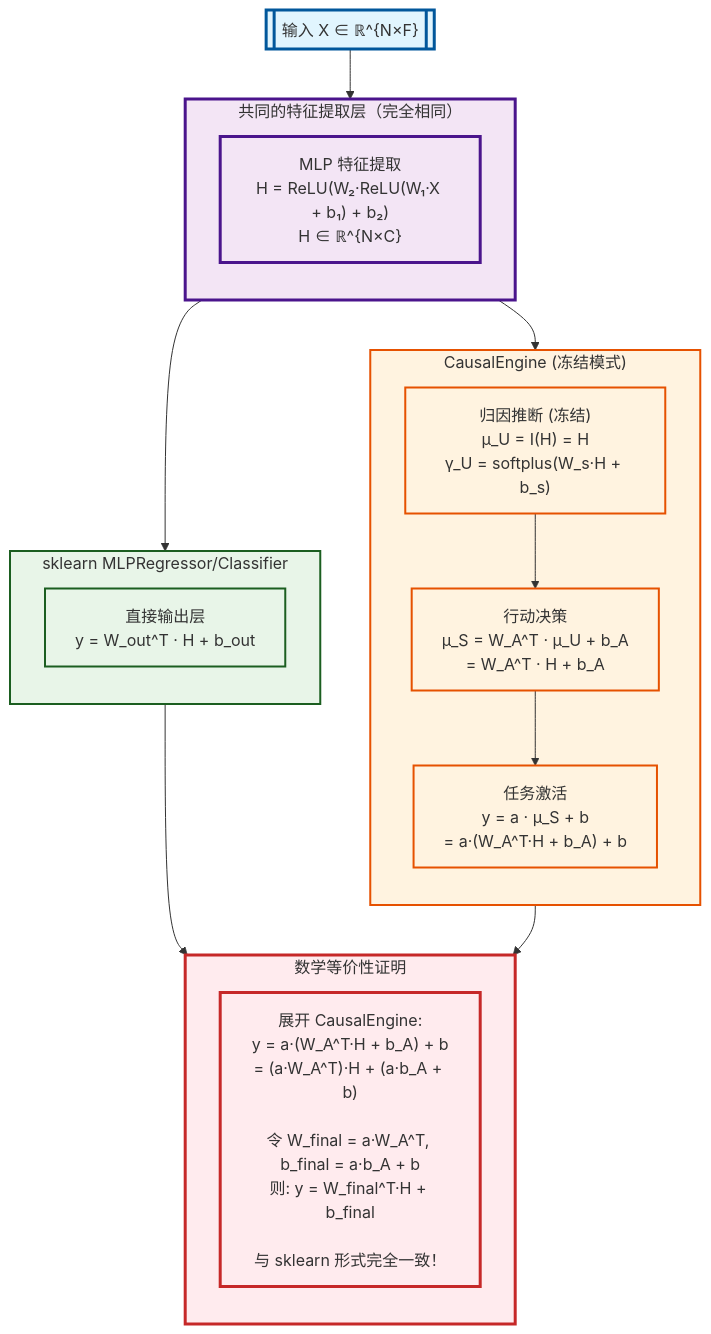
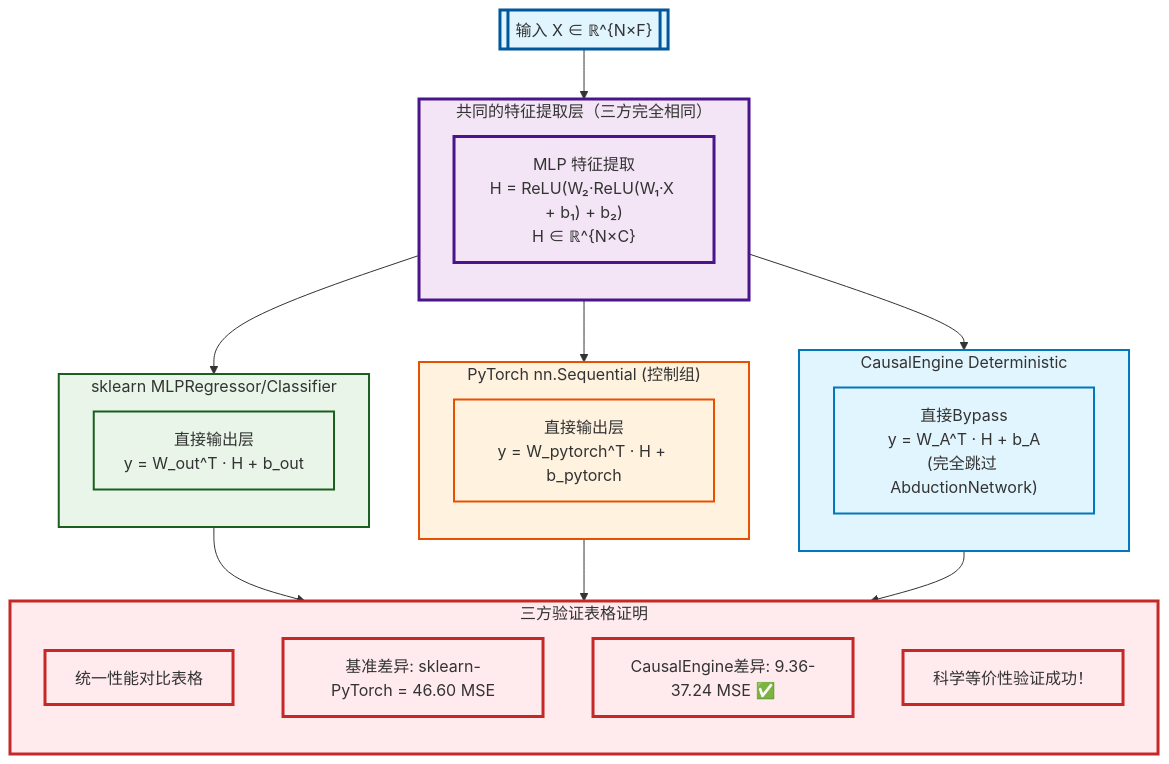
Before and after one commit to 1587causalai/CausalQwen: the second of 4 diagrams in docs/mathematical_equivalence_deep_dive.md, drawn with Mermaid. The commit also changed other lines of this file and 30 other files, not shown here.

````diff
--- a/docs/mathematical_equivalence_deep_dive.md
+++ b/docs/mathematical_equivalence_deep_dive.md
@@ -43,48 +91,56 @@
 ```mermaid
 graph TB
     Input[["输入 X ∈ ℝ^{N×F}"]]
     
-    subgraph Shared["共同的特征提取层（完全相同）"]
+    subgraph Shared["共同的特征提取层（三方完全相同）"]
         direction TB
         MLP["MLP 特征提取<br/>H = ReLU(W₂·ReLU(W₁·X + b₁) + b₂)<br/>H ∈ ℝ^{N×C}"]
     end
     
     subgraph sklearn["sklearn MLPRegressor/Classifier"]
         direction TB
-        Direct["直接输出层<br/>y = W_out^T · H + b_out"]
+        SklearnDirect["直接输出层<br/>y = W_out^T · H + b_out"]
     end
     
-    subgraph CausalFrozen["CausalEngine (冻结模式)"]
+    subgraph PyTorch["PyTorch nn.Sequential (控制组)"]
         direction TB
-        Abduction["归因推断 (冻结)<br/>μ_U = I(H) = H<br/>γ_U = softplus(W_s·H + b_s)"]
-        Action["行动决策<br/>μ_S = W_A^T · μ_U + b_A<br/>= W_A^T · H + b_A"]
-        Activation["任务激活<br/>y = a · μ_S + b<br/>= a·(W_A^T·H + b_A) + b"]
+        PytorchDirect["直接输出层<br/>y = W_pytorch^T · H + b_pytorch"]
+    end
+    
+    subgraph CausalEngine["CausalEngine Deterministic"]
+        direction TB
+        CausalBypass["直接Bypass<br/>y = W_A^T · H + b_A<br/>(完全跳过 AbductionNetwork)"]
     end
     
     Input --> Shared
     Shared --> sklearn
-    Shared --> CausalFrozen
+    Shared --> PyTorch
+    Shared --> CausalEngine
     
-    Abduction --> Action --> Activation
-    
-    subgraph Proof["数学等价性证明"]
+    subgraph Validation["三方验证表格证明"]
         direction TB
-        Equivalence["展开 CausalEngine:<br/>y = a·(W_A^T·H + b_A) + b<br/>= (a·W_A^T)·H + (a·b_A + b)<br/><br/>令 W_final = a·W_A^T, b_final = a·b_A + b<br/>则: y = W_final^T·H + b_final<br/><br/>与 sklearn 形式完全一致！"]
+        V1["统一性能对比表格"]
+        V2["基准差异: sklearn-PyTorch = 46.60 MSE"]
+        V3["CausalEngine差异: 9.36-37.24 MSE ✅"]
+        Evidence["科学等价性验证成功！"]
     end
     
-    sklearn --> Proof
-    CausalFrozen --> Proof
+    sklearn --> Validation
+    PyTorch --> Validation
+    CausalEngine --> Validation
     
     %% 样式定义
     classDef inputStyle fill:#e1f5fe,stroke:#01579b,stroke-width:3px
     classDef sharedStyle fill:#f3e5f5,stroke:#4a148c,stroke-width:3px
     classDef sklearnStyle fill:#e8f5e8,stroke:#1b5e20,stroke-width:2px
-    classDef causalStyle fill:#fff3e0,stroke:#e65100,stroke-width:2px
-    classDef proofStyle fill:#ffebee,stroke:#c62828,stroke-width:3px
+    classDef pytorchStyle fill:#fff3e0,stroke:#e65100,stroke-width:2px
+    classDef causalStyle fill:#e1f5fe,stroke:#0277bd,stroke-width:2px
+    classDef validationStyle fill:#ffebee,stroke:#c62828,stroke-width:3px
     
     class Input inputStyle
     class Shared,MLP sharedStyle
-    class sklearn,Direct sklearnStyle
-    class CausalFrozen,Abduction,Action,Activation causalStyle
-    class Proof,Equivalence proofStyle
+    class sklearn,SklearnDirect sklearnStyle
+    class PyTorch,PytorchDirect pytorchStyle
+    class CausalEngine,CausalBypass causalStyle
+    class Validation,V1,V2,V3,Evidence validationStyle
 ```
````
